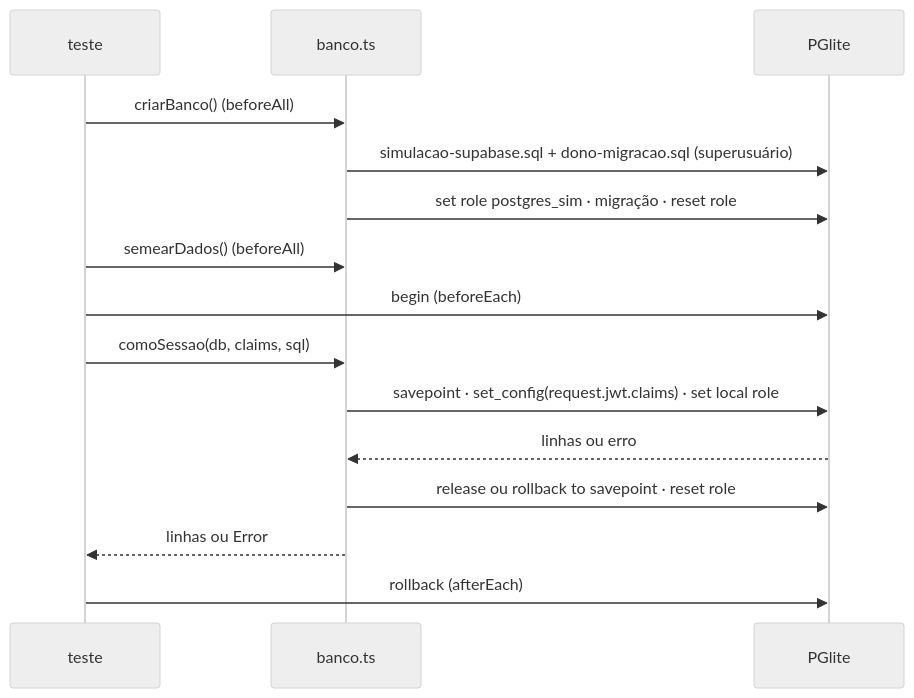
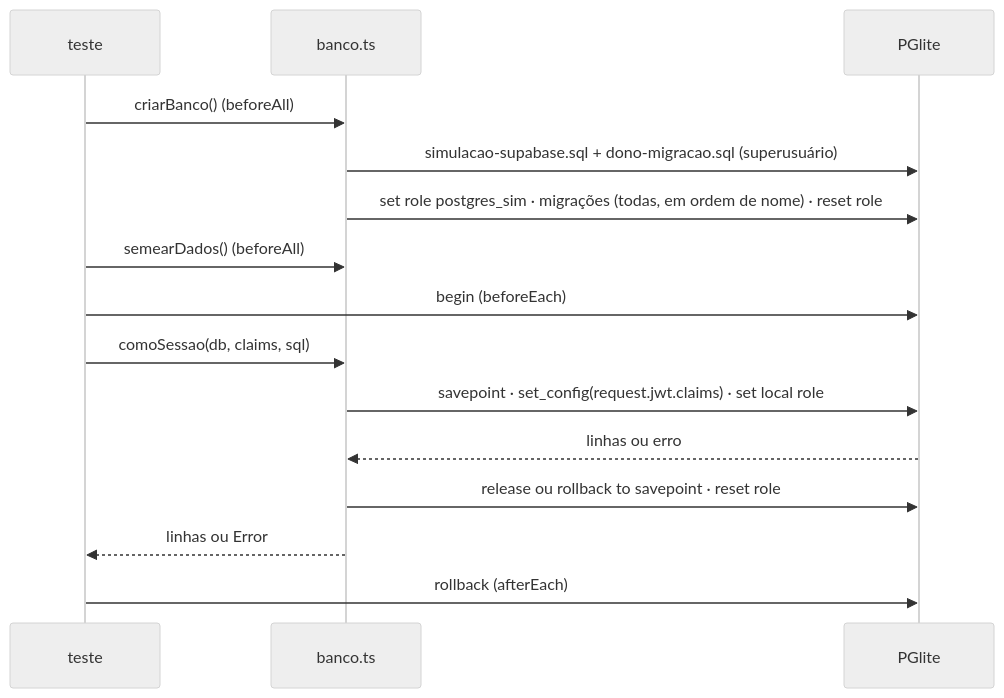
One commit to TokumoH/RevocastCameras changed the diagram in supabase/tests/README.md. Above: the diagram before and after it, drawn with Mermaid (neutral theme). The commit also changed other lines of this file and 9 other files, not shown here.

````diff
--- a/supabase/tests/README.md
+++ b/supabase/tests/README.md
@@ -70,17 +70,17 @@
 ```mermaid
 sequenceDiagram
     participant T as teste
     participant B as banco.ts
     participant P as PGlite
     T->>B: criarBanco() (beforeAll)
     B->>P: simulacao-supabase.sql + dono-migracao.sql (superusuário)
-    B->>P: set role postgres_sim · migração · reset role
+    B->>P: set role postgres_sim · migrações (todas, em ordem de nome) · reset role
     T->>B: semearDados() (beforeAll)
     T->>P: begin (beforeEach)
     T->>B: comoSessao(db, claims, sql)
     B->>P: savepoint · set_config(request.jwt.claims) · set local role
     P-->>B: linhas ou erro
     B->>P: release ou rollback to savepoint · reset role
     B-->>T: linhas ou Error
     T->>P: rollback (afterEach)
 ```
````
